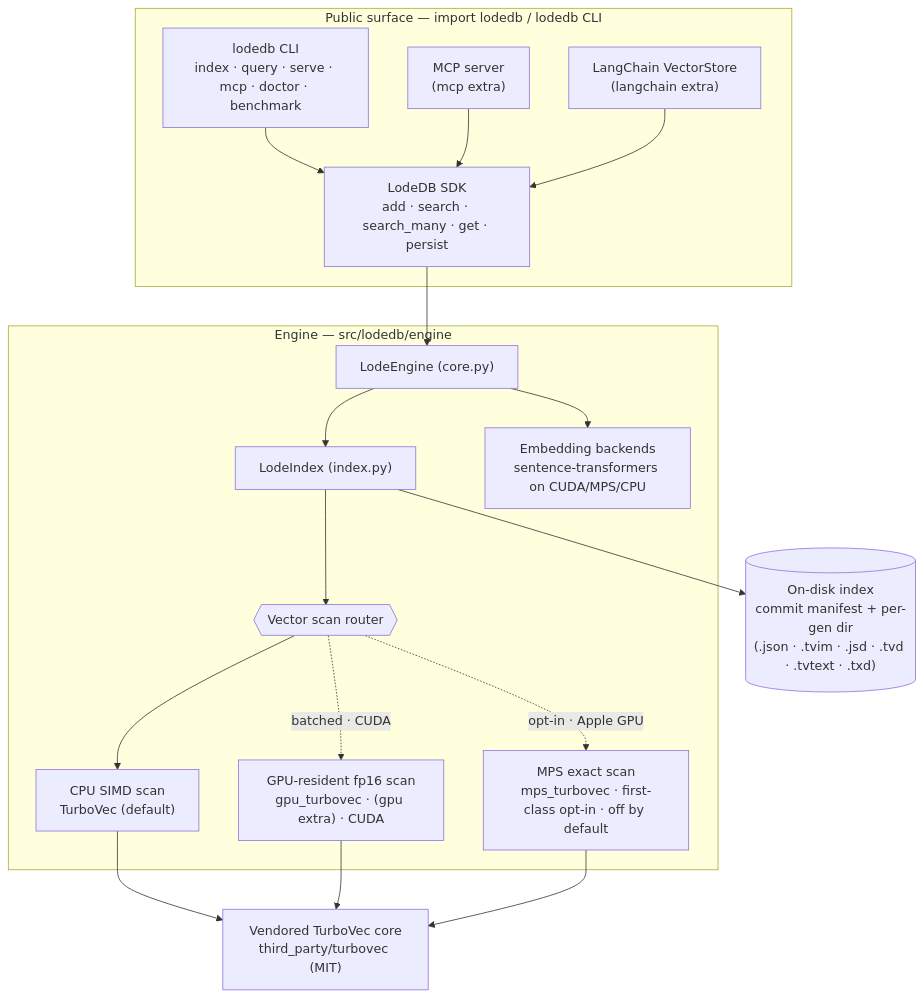
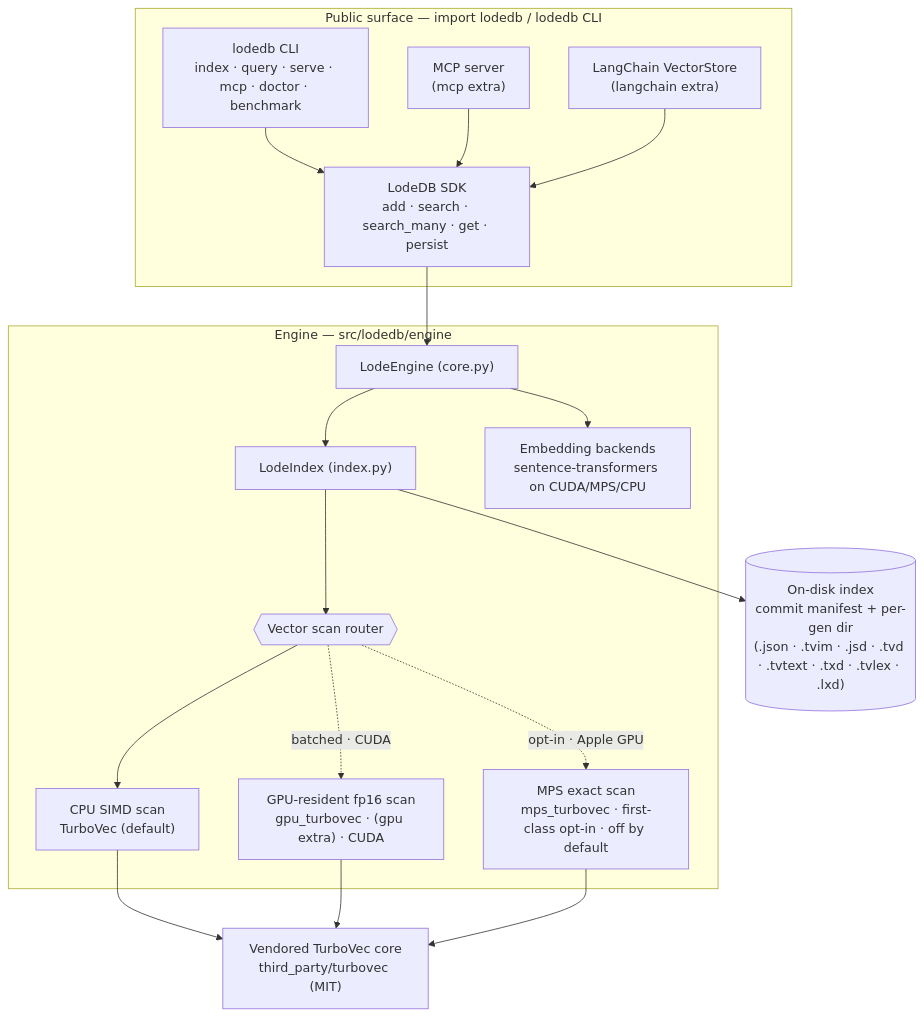
One commit to Egoist-Machines/LodeDB changed the first of 2 diagrams in docs/architecture.md. Above: the diagram before and after it, drawn with Mermaid. The commit also changed other lines of this file and 9 other files, not shown here.

````diff
--- a/docs/architecture.md
+++ b/docs/architecture.md
@@ -5,35 +5,35 @@
 ```mermaid
 flowchart TB
   subgraph API["Public surface — import lodedb / lodedb CLI"]
     SDK["LodeDB SDK<br/>add · search · search_many · get · persist"]
     CLI["lodedb CLI<br/>index · query · serve · mcp · doctor · benchmark"]
     MCP["MCP server<br/>(mcp extra)"]
     LC["LangChain VectorStore<br/>(langchain extra)"]
   end
   subgraph ENG["Engine — src/lodedb/engine"]
     CORE["LodeEngine (core.py)"]
     IDX["LodeIndex (index.py)"]
     EMB["Embedding backends<br/>sentence-transformers on CUDA/MPS/CPU"]
     SCAN{{"Vector scan router"}}
     CPU["CPU SIMD scan<br/>TurboVec (default)"]
     GPU["GPU-resident fp16 scan<br/>gpu_turbovec · (gpu extra) · CUDA"]
     MPSS["MPS exact scan<br/>mps_turbovec · first-class opt-in · off by default"]
   end
   TV["Vendored TurboVec core<br/>third_party/turbovec (MIT)"]
-  DISK[("On-disk index<br/>commit manifest + per-gen dir<br/>(.json · .tvim · .jsd · .tvd · .tvtext · .txd)")]
+  DISK[("On-disk index<br/>commit manifest + per-gen dir<br/>(.json · .tvim · .jsd · .tvd · .tvtext · .txd · .tvlex · .lxd)")]
 
   CLI --> SDK
   MCP --> SDK
   LC --> SDK
   SDK --> CORE
   CORE --> EMB
   CORE --> IDX
   IDX --> SCAN
   SCAN --> CPU
   SCAN -.->|"batched · CUDA"| GPU
   SCAN -.->|"opt-in · Apple GPU"| MPSS
   CPU --> TV
   GPU --> TV
   MPSS --> TV
   IDX --> DISK
 ```
````
